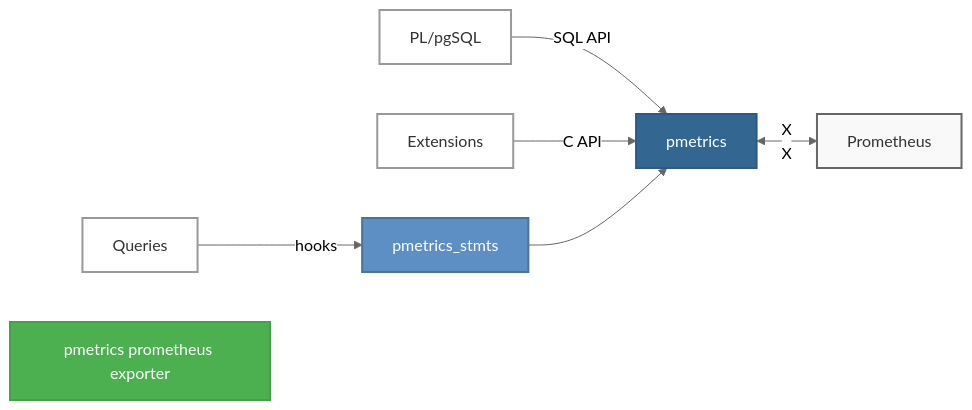
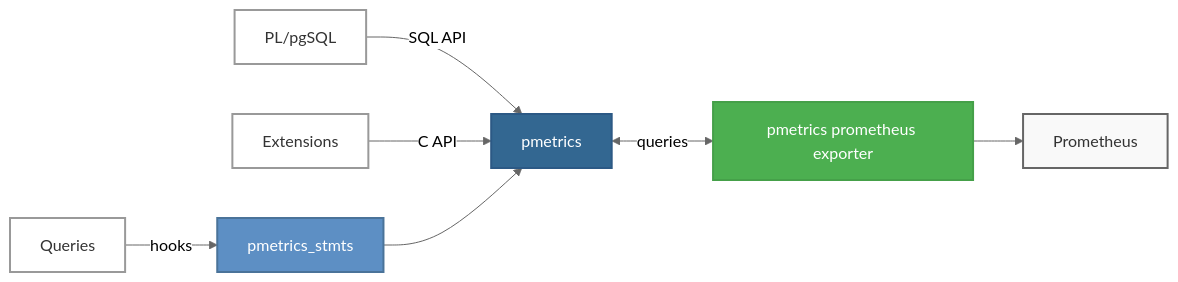
The diagram in README.md (v0idpwn-industries/pmetrics), drawn with Mermaid (neutral theme) before and after one commit.

````diff
--- a/README.md
+++ b/README.md
@@ -5,23 +5,23 @@
 ```mermaid
 graph LR
     Q[Queries]
     P[PL/pgSQL]
     E[Extensions]
     X[pmetrics prometheus exporter]
 
     Q -->|hooks| S[pmetrics_stmts]
     P -->|SQL API| C[pmetrics]
     E -->|C API| C
     S --> C
 
-    C <-- X
+    C <-->|queries| X
     X --> M[Prometheus]
 
     style C fill:#336791,stroke:#2c5985,stroke-width:2px,color:#fff
     style S fill:#5d8fc4,stroke:#4a7399,stroke-width:2px,color:#fff
     style X fill:#4CAF50,stroke:#45a049,stroke-width:2px,color:#fff
     style M fill:#f9f9f9,stroke:#666,stroke-width:2px,color:#333
     style Q fill:#fff,stroke:#999,stroke-width:2px,color:#333
     style P fill:#fff,stroke:#999,stroke-width:2px,color:#333
     style E fill:#fff,stroke:#999,stroke-width:2px,color:#333
 ```
````
